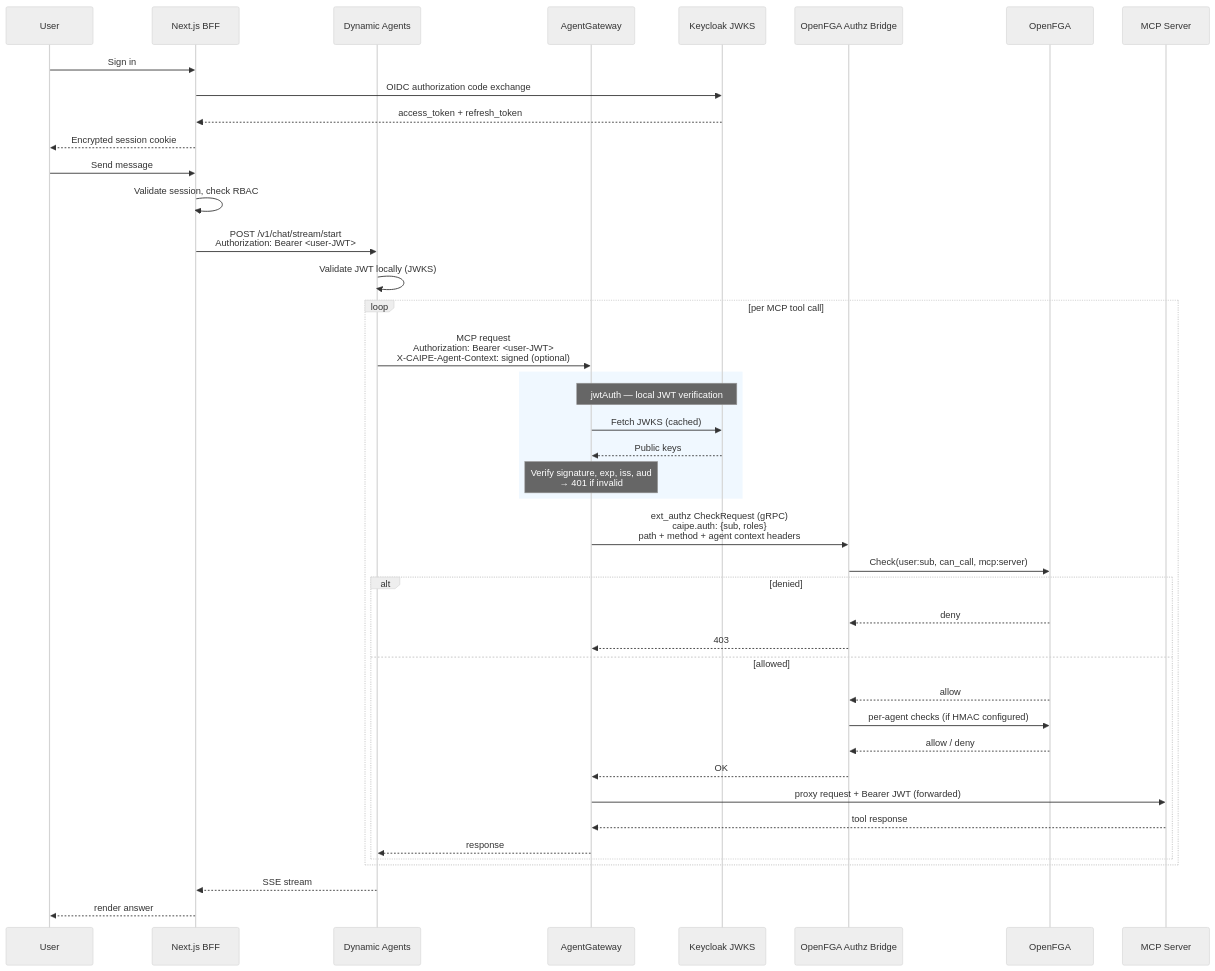
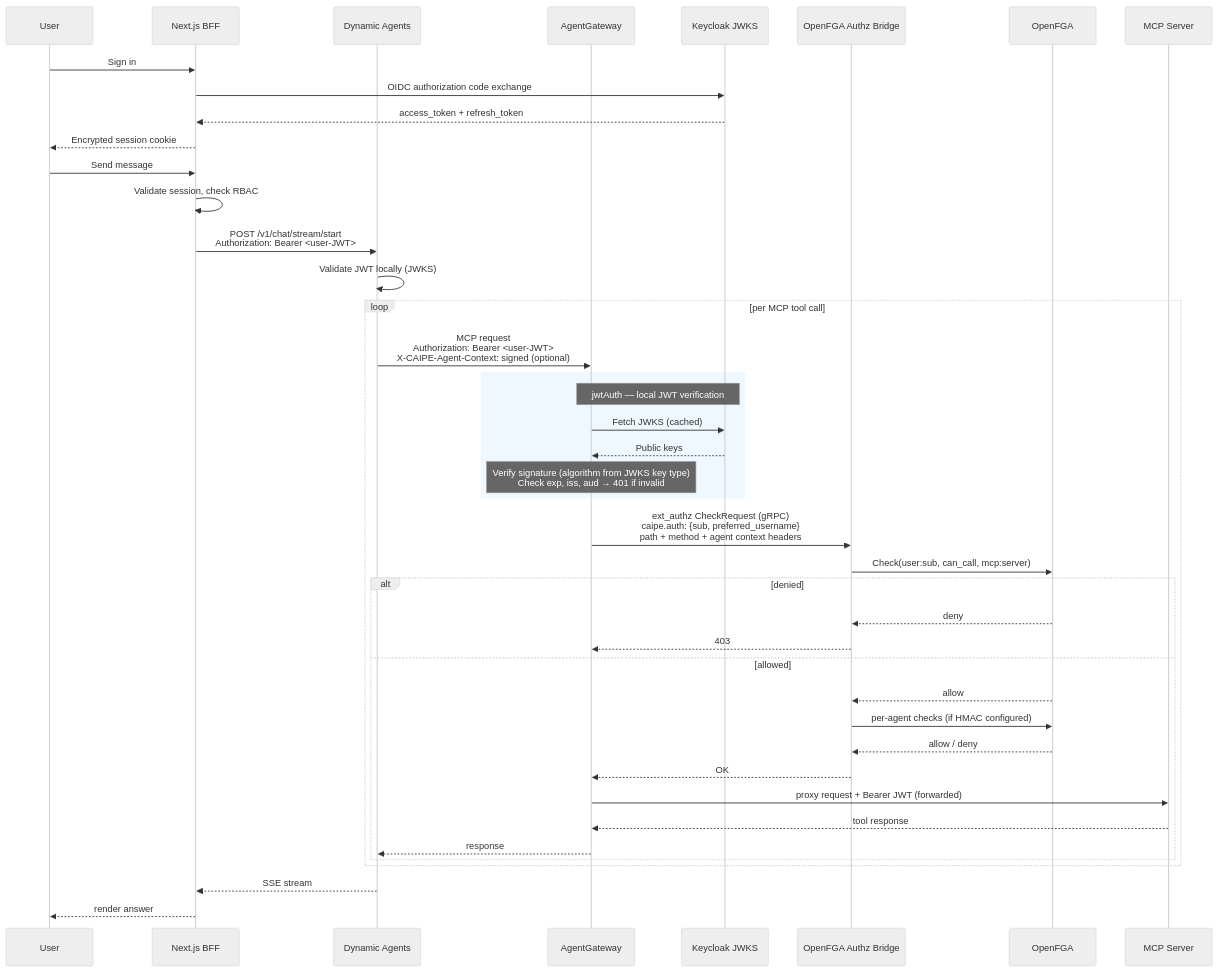
One commit to cnoe-io/ai-platform-engineering changed the second of 2 diagrams in docs/docs/architecture/gateway.md. Above: the diagram before and after it, drawn with Mermaid (neutral theme). The commit also changed other lines of this file and 1 other file, not shown here.

Commit message:
docs(security): fix inaccuracies found during code verification
- caipe.auth gRPC metadata only carries {sub, preferred_username} — remove
  stale 'roles' claim that never appears in the AGW config expression
- Remove 'RS256' algorithm claim from jwtAuth description — algorithm is
  inferred from the JWKS key type, not hard-coded in the AGW config
- Clarify bridge subject extraction: AGW path reads caipe.auth metadata;
  non-AGW/test path decodes the bearer directly — both paths exist in code

````diff
--- a/docs/docs/architecture/gateway.md
+++ b/docs/docs/architecture/gateway.md
@@ -87,51 +87,51 @@
 ```mermaid
 sequenceDiagram
     participant U as User
     participant BFF as Next.js BFF
     participant DA as Dynamic Agents
     participant AGW as AgentGateway
     participant KC as Keycloak JWKS
     participant Bridge as OpenFGA Authz Bridge
     participant FGA as OpenFGA
     participant MCP as MCP Server
 
     U->>BFF: Sign in
     BFF->>KC: OIDC authorization code exchange
     KC-->>BFF: access_token + refresh_token
     BFF-->>U: Encrypted session cookie
 
     U->>BFF: Send message
     BFF->>BFF: Validate session, check RBAC
     BFF->>DA: POST /v1/chat/stream/start<br/>Authorization: Bearer <user-JWT>
     DA->>DA: Validate JWT locally (JWKS)
 
     loop per MCP tool call
         DA->>AGW: MCP request<br/>Authorization: Bearer <user-JWT><br/>X-CAIPE-Agent-Context: signed (optional)
 
         rect rgb(240, 248, 255)
             Note over AGW,KC: jwtAuth — local JWT verification
             AGW->>KC: Fetch JWKS (cached)
             KC-->>AGW: Public keys
-            Note over AGW: Verify signature, exp, iss, aud<br/>→ 401 if invalid
+            Note over AGW: Verify signature (algorithm from JWKS key type)<br/>Check exp, iss, aud → 401 if invalid
         end
 
-        AGW->>Bridge: ext_authz CheckRequest (gRPC)<br/>caipe.auth: {sub, roles}<br/>path + method + agent context headers
+        AGW->>Bridge: ext_authz CheckRequest (gRPC)<br/>caipe.auth: {sub, preferred_username}<br/>path + method + agent context headers
 
         Bridge->>FGA: Check(user:sub, can_call, mcp:server)
         alt denied
             FGA-->>Bridge: deny
             Bridge-->>AGW: 403
         else allowed
             FGA-->>Bridge: allow
             Bridge->>FGA: per-agent checks (if HMAC configured)
             FGA-->>Bridge: allow / deny
             Bridge-->>AGW: OK
             AGW->>MCP: proxy request + Bearer JWT (forwarded)
             MCP-->>AGW: tool response
             AGW-->>DA: response
         end
     end
 
     DA-->>BFF: SSE stream
     BFF-->>U: render answer
 ```
````
